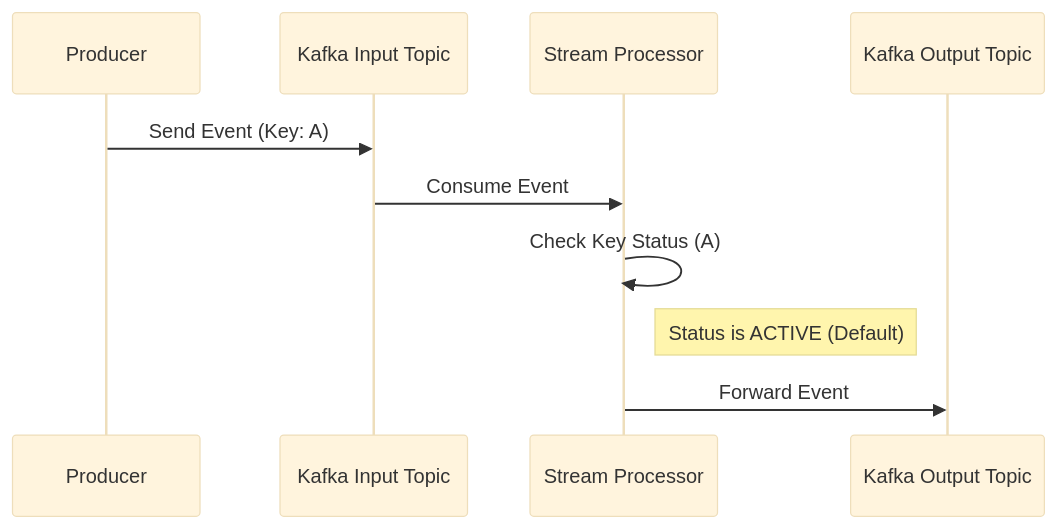
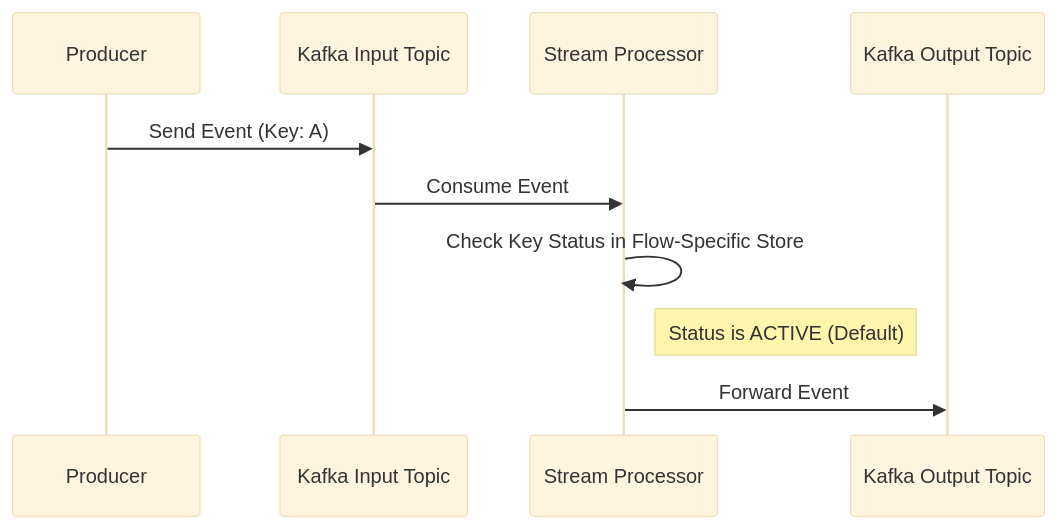
The first of 3 diagrams in README.md (beckwithviking/event-pause), drawn with Mermaid (base theme) before and after one commit. The commit also changed other lines of this file, not shown here.

````diff
--- a/README.md
+++ b/README.md
@@ -96,13 +96,13 @@
 ```mermaid
 sequenceDiagram
     participant P as Producer
     participant T as Kafka Input Topic
     participant S as Stream Processor
     participant O as Kafka Output Topic
 
     P->>T: Send Event (Key: A)
     T->>S: Consume Event
-    S->>S: Check Key Status (A)
+    S->>S: Check Key Status in Flow-Specific Store
     Note right of S: Status is ACTIVE (Default)
     S->>O: Forward Event
 ```
````
